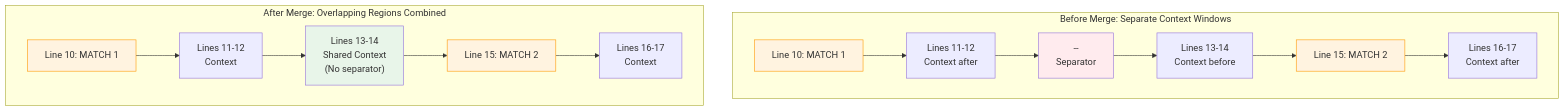
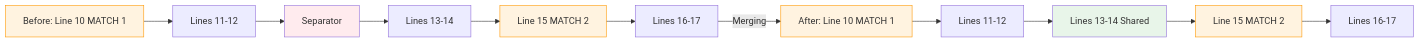
One commit to iepathos/ripgrep changed the second of 2 diagrams in docs/context-lines.md. Above: the diagram before and after it, drawn with Mermaid. The commit also changed 5 other files, not shown here.

First line of the commit message:
fix: improve Mermaid diagram readability and connectivity

````diff
--- a/docs/context-lines.md
+++ b/docs/context-lines.md
@@ -361,45 +361,20 @@
 ```mermaid
-graph TD
-    subgraph "Before Merge: Separate Context Windows"
-        M1["Line 10: MATCH 1"]
-        C1["Lines 11-12
-Context after"]
-        SEP1["--
-Separator"]
-        C2["Lines 13-14
-Context before"]
-        M2["Line 15: MATCH 2"]
-        C3["Lines 16-17
-Context after"]
-    end
-
-    subgraph "After Merge: Overlapping Regions Combined"
-        M1A["Line 10: MATCH 1"]
-        C1A["Lines 11-12
-Context"]
-        OVER["Lines 13-14
-Shared Context
-(No separator)"]
-        M2A["Line 15: MATCH 2"]
-        C3A["Lines 16-17
-Context"]
-    end
-
-    M1 --> C1
-    C1 --> SEP1
-    SEP1 --> C2
-    C2 --> M2
-    M2 --> C3
-
-    M1A --> C1A
-    C1A --> OVER
-    OVER --> M2A
-    M2A --> C3A
+graph LR
+    M1["Before: Line 10 MATCH 1"] --> C1["Lines 11-12"]
+    C1 --> SEP1["Separator"]
+    SEP1 --> C2["Lines 13-14"]
+    C2 --> M2["Line 15 MATCH 2"]
+    M2 --> C3["Lines 16-17"]
+    C3 -->|"Merging"| M1A["After: Line 10 MATCH 1"]
+    M1A --> C1A["Lines 11-12"]
+    C1A --> OVER["Lines 13-14 Shared"]
+    OVER --> M2A["Line 15 MATCH 2"]
+    M2A --> C3A["Lines 16-17"]
 
     style M1 fill:#fff3e0,stroke:#ff9800
     style M2 fill:#fff3e0,stroke:#ff9800
     style M1A fill:#fff3e0,stroke:#ff9800
     style M2A fill:#fff3e0,stroke:#ff9800
     style OVER fill:#e8f5e9
     style SEP1 fill:#ffebee
 ```
````
